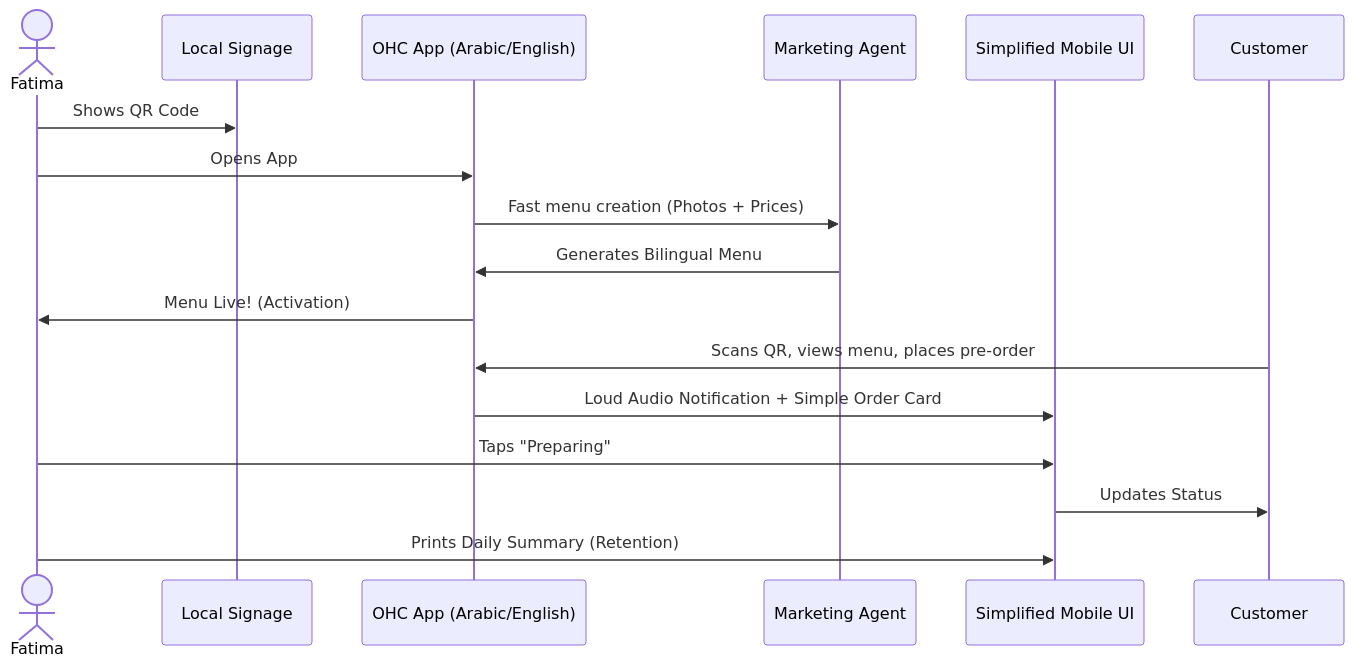
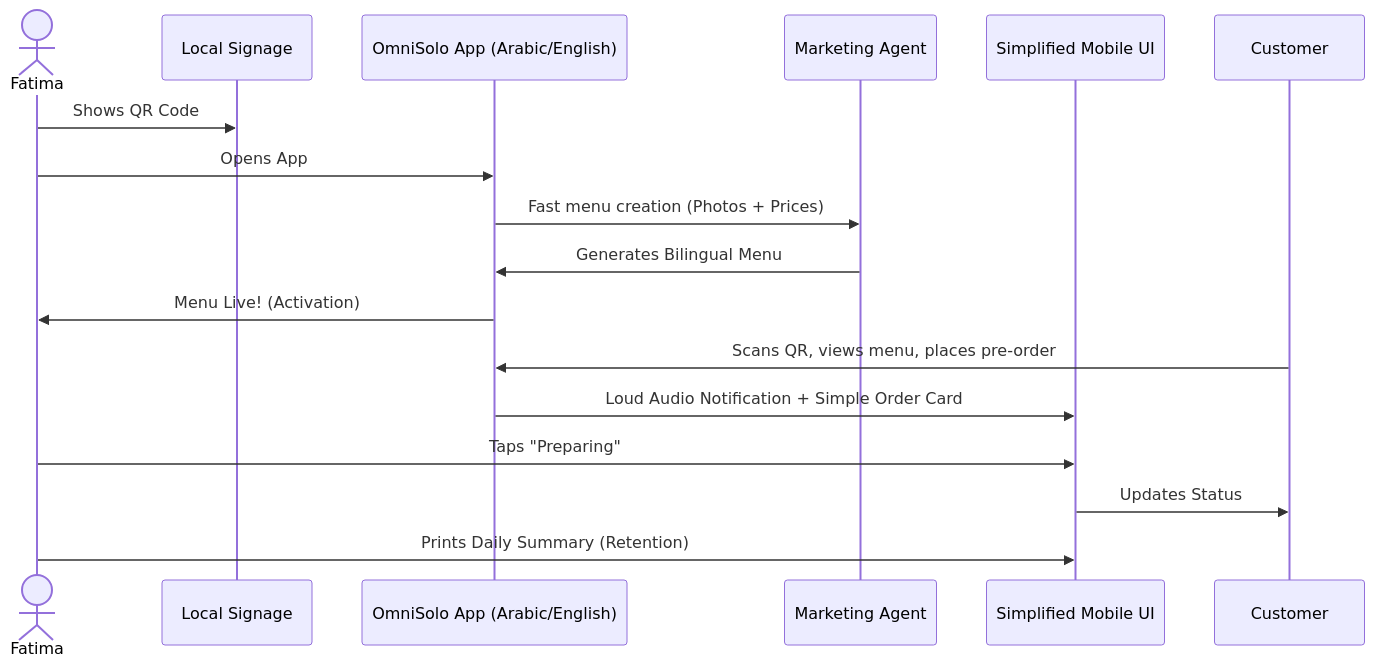
One commit to omnisolo-llc/onehumancorp changed the fifth of 5 diagrams in docs/research/[architecture]_end_to_end_business_journey_detailed.md. Above: the diagram before and after it, drawn with Mermaid. The commit also changed other lines of this file and 2191 other files, not shown here.

Commit message:
feat: complete OmniSolo rename and browser audit

````diff
--- a/docs/research/[architecture]_end_to_end_business_journey_detailed.md
+++ b/docs/research/[architecture]_end_to_end_business_journey_detailed.md
@@ -145,20 +145,20 @@
 ```mermaid
 sequenceDiagram
     actor Fatima
     participant Local as Local Signage
-    participant OHC as OHC App (Arabic/English)
+    participant OmniSolo as OmniSolo App (Arabic/English)
     participant AI_Mark as Marketing Agent
-    participant OHC_UI as Simplified Mobile UI
+    participant OMNISOLO_UI as Simplified Mobile UI
     participant Cust as Customer
 
     Fatima->>Local: Shows QR Code
-    Fatima->>OHC: Opens App
-    OHC->>AI_Mark: Fast menu creation (Photos + Prices)
-    AI_Mark->>OHC: Generates Bilingual Menu
-    OHC->>Fatima: Menu Live! (Activation)
-    Cust->>OHC: Scans QR, views menu, places pre-order
-    OHC->>OHC_UI: Loud Audio Notification + Simple Order Card
-    Fatima->>OHC_UI: Taps "Preparing"
-    OHC_UI->>Cust: Updates Status
-    Fatima->>OHC_UI: Prints Daily Summary (Retention)
+    Fatima->>OmniSolo: Opens App
+    OmniSolo->>AI_Mark: Fast menu creation (Photos + Prices)
+    AI_Mark->>OmniSolo: Generates Bilingual Menu
+    OmniSolo->>Fatima: Menu Live! (Activation)
+    Cust->>OmniSolo: Scans QR, views menu, places pre-order
+    OmniSolo->>OMNISOLO_UI: Loud Audio Notification + Simple Order Card
+    Fatima->>OMNISOLO_UI: Taps "Preparing"
+    OMNISOLO_UI->>Cust: Updates Status
+    Fatima->>OMNISOLO_UI: Prints Daily Summary (Retention)
 ```
````
